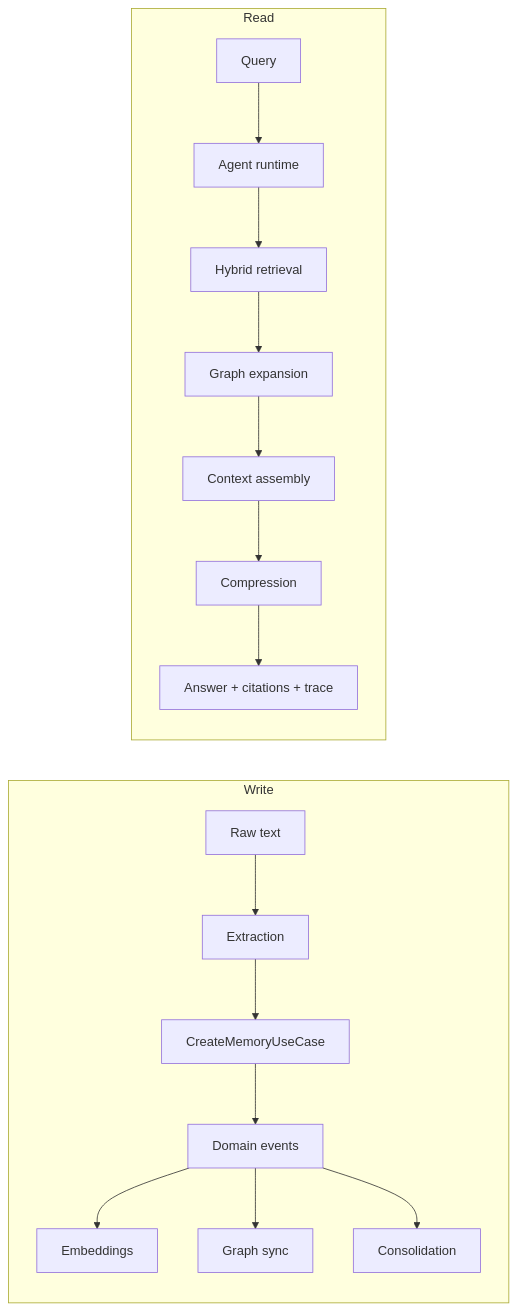
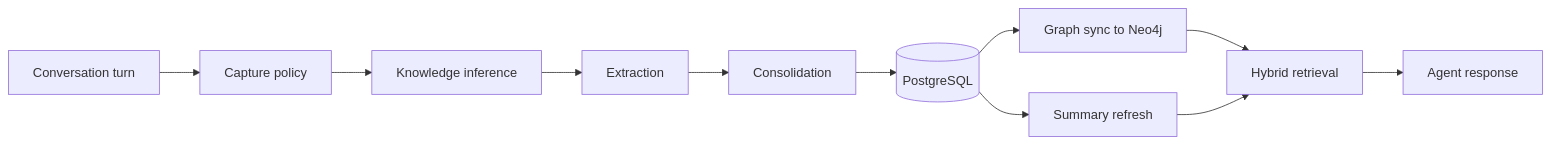
One commit to jeetain-saini/MEMORY_ARENA changed the second of 2 diagrams in README.md. Above: the diagram before and after it, drawn with Mermaid. The commit also changed other lines of this file and 25 other files, not shown here.

````diff
--- a/README.md
+++ b/README.md
@@ -236,19 +128,13 @@
 ```mermaid
 flowchart LR
-    subgraph Write
-        T[Raw text] --> X[Extraction]
-        X --> C[CreateMemoryUseCase]
-        C --> EV[Domain events]
-        EV --> EM[Embeddings]
-        EV --> GS[Graph sync]
-        EV --> CON[Consolidation]
-    end
-    subgraph Read
-        Q[Query] --> AR[Agent runtime]
-        AR --> HR[Hybrid retrieval]
-        HR --> GE[Graph expansion]
-        GE --> CB[Context assembly]
-        CB --> CMP[Compression]
-        CMP --> A[Answer + citations + trace]
-    end
+    A[Conversation turn] --> B[Capture policy]
+    B --> C[Knowledge inference]
+    C --> D[Extraction]
+    D --> E[Consolidation]
+    E --> F[(PostgreSQL)]
+    F --> G[Graph sync to Neo4j]
+    F --> H[Summary refresh]
+    G --> I[Hybrid retrieval]
+    H --> I
+    I --> J[Agent response]
 ```
````
